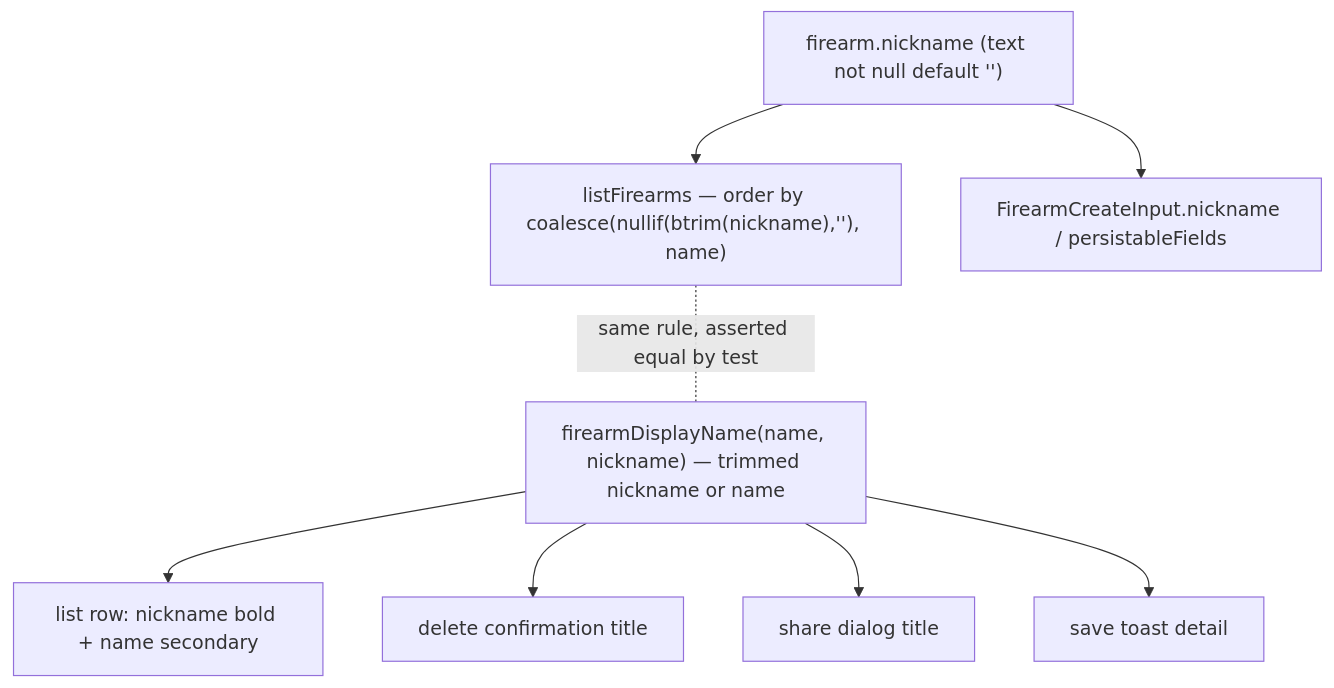
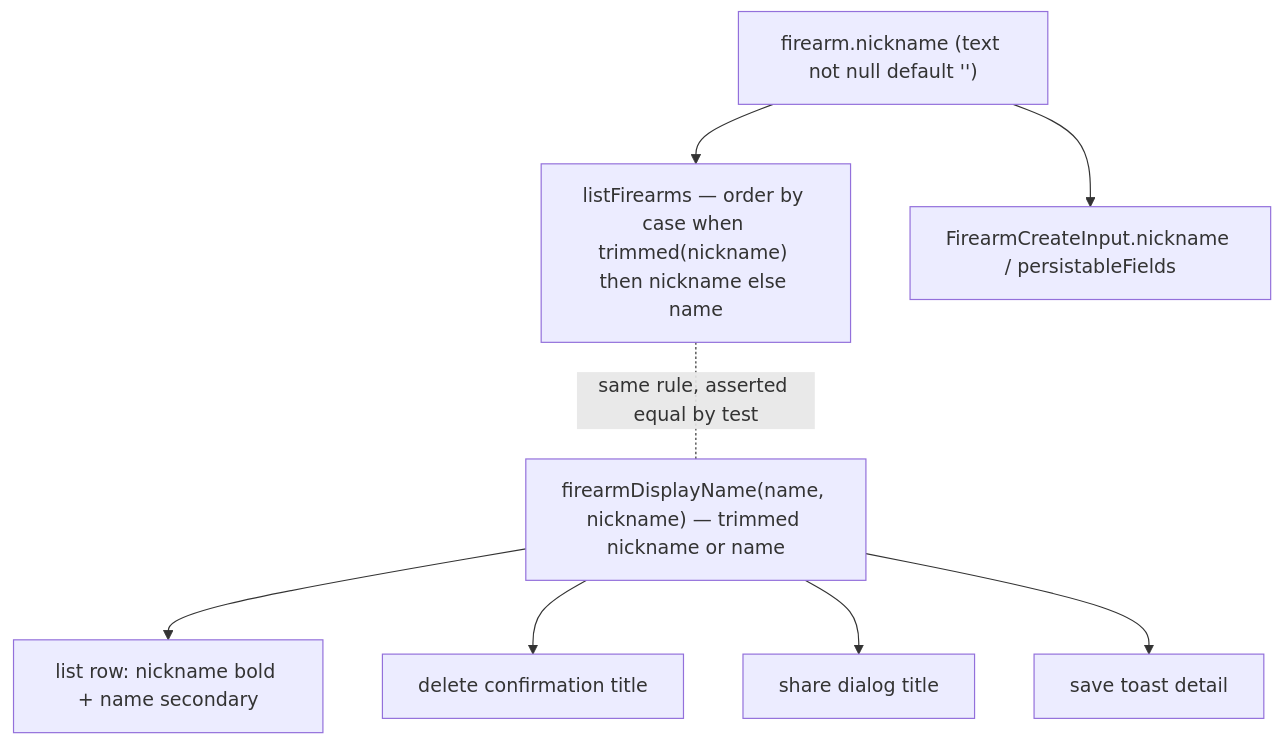
The diagram in docs/plans/2026-07-02-001-feat-firearm-nickname-plan.md (unclesp1d3r/mag_stacker), drawn with Mermaid before and after one commit. The commit also changed other lines of this file and 2 other files, not shown here.

First line of the commit message:
fix(firearms): trim nickname on write; simplify list sort (#18)

````diff
--- a/docs/plans/2026-07-02-001-feat-firearm-nickname-plan.md
+++ b/docs/plans/2026-07-02-001-feat-firearm-nickname-plan.md
@@ -107,10 +107,10 @@
 ```mermaid
 flowchart TB
-  col["firearm.nickname (text not null default '')"] --> svc["listFirearms — order by coalesce(nullif(btrim(nickname),''), name)"]
+  col["firearm.nickname (text not null default '')"] --> svc["listFirearms — order by case when trimmed(nickname) then nickname else name"]
   col --> input["FirearmCreateInput.nickname / persistableFields"]
   helper["firearmDisplayName(name, nickname) — trimmed nickname or name"] --> row["list row: nickname bold + name secondary"]
   helper --> del["delete confirmation title"]
   helper --> share["share dialog title"]
   helper --> toast["save toast detail"]
   svc -. "same rule, asserted equal by test" .- helper
 ```
````
